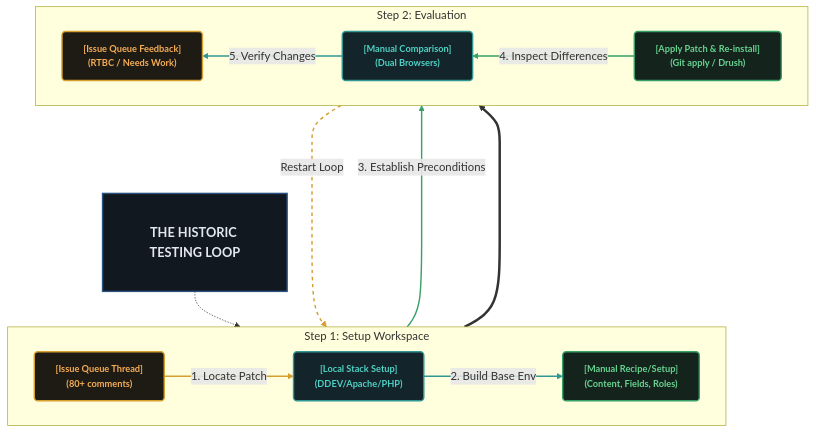
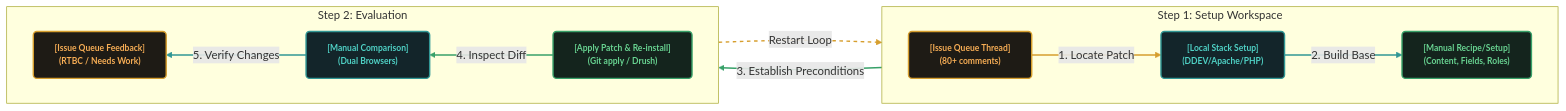
The first of 2 diagrams in Drupal-issue-queue.md (mgifford/mermaid-graphs), drawn with Mermaid before and after one commit. The commit also changed other lines of this file, not shown here.

````diff
--- a/Drupal-issue-queue.md
+++ b/Drupal-issue-queue.md
@@ -5,55 +5,54 @@
 ```mermaid
-flowchart TD
+flowchart LR
     %% Define Global Styles
-    classDef mainTitle fill:#121820,stroke:#2C5282,stroke-width:2px,color:#E2E8F0,font-size:18px,font-weight:bold,padding:12px;
-    classDef phaseBox fill:#1e1b15,stroke:#D69E2E,stroke-width:2px,color:#F6AD55,font-size:13px,font-weight:bold,rx:5px,ry:5px;
-    classDef phaseBoxCyan fill:#13252a,stroke:#319795,stroke-width:2px,color:#4FD1C5,font-size:13px,font-weight:bold,rx:5px,ry:5px;
-    classDef phaseBoxGreen fill:#14241d,stroke:#38A169,stroke-width:2px,color:#68D391,font-size:13px,font-weight:bold,rx:5px,ry:5px;
+    classDef phaseBox fill:#1e1b15,stroke:#D69E2E,stroke-width:2px,color:#F6AD55,font-size:12px,font-weight:bold,rx:5px,ry:5px;
+    classDef phaseBoxCyan fill:#13252a,stroke:#319795,stroke-width:2px,color:#4FD1C5,font-size:12px,font-weight:bold,rx:5px,ry:5px;
+    classDef phaseBoxGreen fill:#14241d,stroke:#38A169,stroke-width:2px,color:#68D391,font-size:12px,font-weight:bold,rx:5px,ry:5px;
+
+    %% Row 1 (Setup Workspace)
+    Node1["[Issue Queue Thread]<br/>(80+ comments)"]:::phaseBox
+    Node2["[Local Stack Setup]<br/>(DDEV/Apache/PHP)"]:::phaseBoxCyan
+    Node3["[Manual Recipe/Setup]<br/>(Content, Fields, Roles)"]:::phaseBoxGreen
+
+    %% Row 2 (Evaluation)
+    Node4["[Apply Patch & Re-install]<br/>(Git apply / Drush)"]:::phaseBoxGreen
+    Node5["[Manual Comparison]<br/>(Dual Browsers)"]:::phaseBoxCyan
+    Node6["[Issue Queue Feedback]<br/>(RTBC / Needs Work)"]:::phaseBox
+
+    %% Left-to-Right Top Row Flow
+    Node1 -->|1. Locate Patch| Node2
+    Node2 -->|2. Build Base| Node3
+
+    %% Vertical Connecting Drop 
+    Node3 -->|3. Establish Preconditions| Node4
+
+    %% Right-to-Left Bottom Row Flow
+    Node4 -->|4. Inspect Diff| Node5
+    Node5 -->|5. Verify Changes| Node6
     
-    %% Main Header Node
-    Title[THE HISTORIC TESTING LOOP]:::mainTitle
-
-    %% Create Nodes (Rows 1 & 2)
-    Node1["[Issue Queue Thread] <br/> (80+ comments)"]:::phaseBox
-    Node2["[Local Stack Setup] <br/> (DDEV/Apache/PHP)"]:::phaseBoxCyan
-    Node3["[Manual Recipe/Setup] <br/> (Content, Fields, Roles)"]:::phaseBoxGreen
-    Node4["[Apply Patch & Re-install] <br/> (Git apply / Drush)"]:::phaseBoxGreen
-    Node5["[Manual Comparison] <br/> (Dual Browsers)"]:::phaseBoxCyan
-    Node6["[Issue Queue Feedback] <br/> (RTBC / Needs Work)"]:::phaseBox
-
-    %% Position Title & Connect Nodes
-    Title -.-> Node1
-    
-    Node1 -->|1. Locate Patch| Node2
-    Node2 -->|2. Build Base Env| Node3
-    Node3 -->|3. Establish Preconditions| Node4
-    Node4 -->|4. Inspect Differences| Node5
-    Node5 -->|5. Verify Changes| Node6
+    %% Return Loop
     Node6 -.->|Restart Loop| Node1
 
-    %% Subgraph layout tricks to retain top-to-bottom matrix row alignment
+    %% Layout constraints to enforce visual hierarchy 
     subgraph Row1 [Step 1: Setup Workspace]
         direction LR
         Node1
         Node2
         Node3
     end
 
     subgraph Row2 [Step 2: Evaluation]
         direction RL
         Node4
         Node5
         Node6
     end
 
-    %% Flow connector between the rows
-    Node3 ====> Node4
-    
     %% Styling Connections
-    linkStyle 1 stroke:#D69E2E,stroke-width:2px;
-    linkStyle 2 stroke:#319795,stroke-width:2px;
+    linkStyle 0 stroke:#D69E2E,stroke-width:2px;
+    linkStyle 1 stroke:#319795,stroke-width:2px;
+    linkStyle 2 stroke:#38A169,stroke-width:2px;
     linkStyle 3 stroke:#38A169,stroke-width:2px;
-    linkStyle 4 stroke:#38A169,stroke-width:2px;
-    linkStyle 5 stroke:#319795,stroke-width:2px;
-    linkStyle 6 stroke:#D69E2E,stroke-width:2px,stroke-dasharray:5 5;
+    linkStyle 4 stroke:#319795,stroke-width:2px;
+    linkStyle 5 stroke:#D69E2E,stroke-width:2px,stroke-dasharray:5 5;
 ```
````
